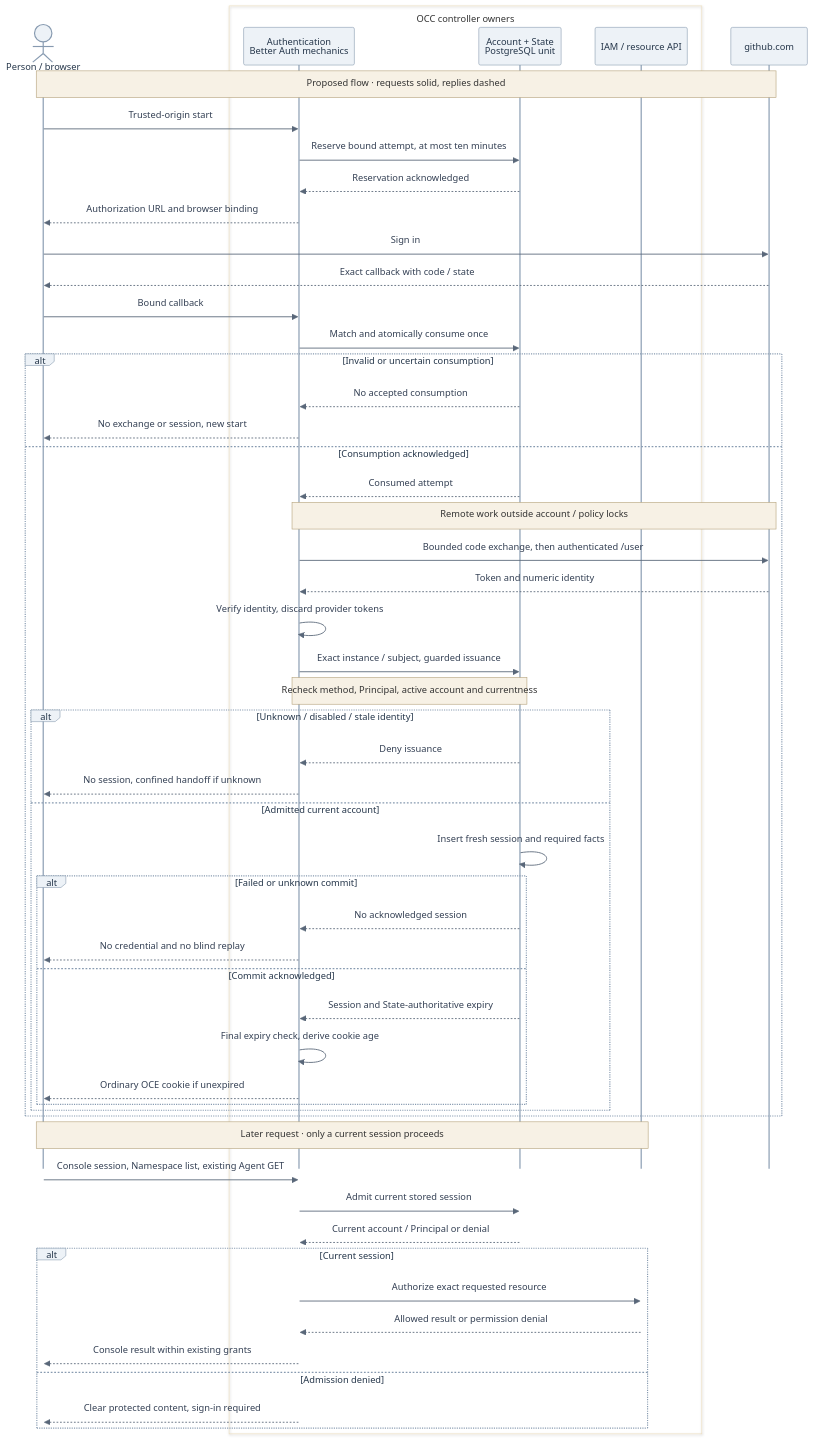
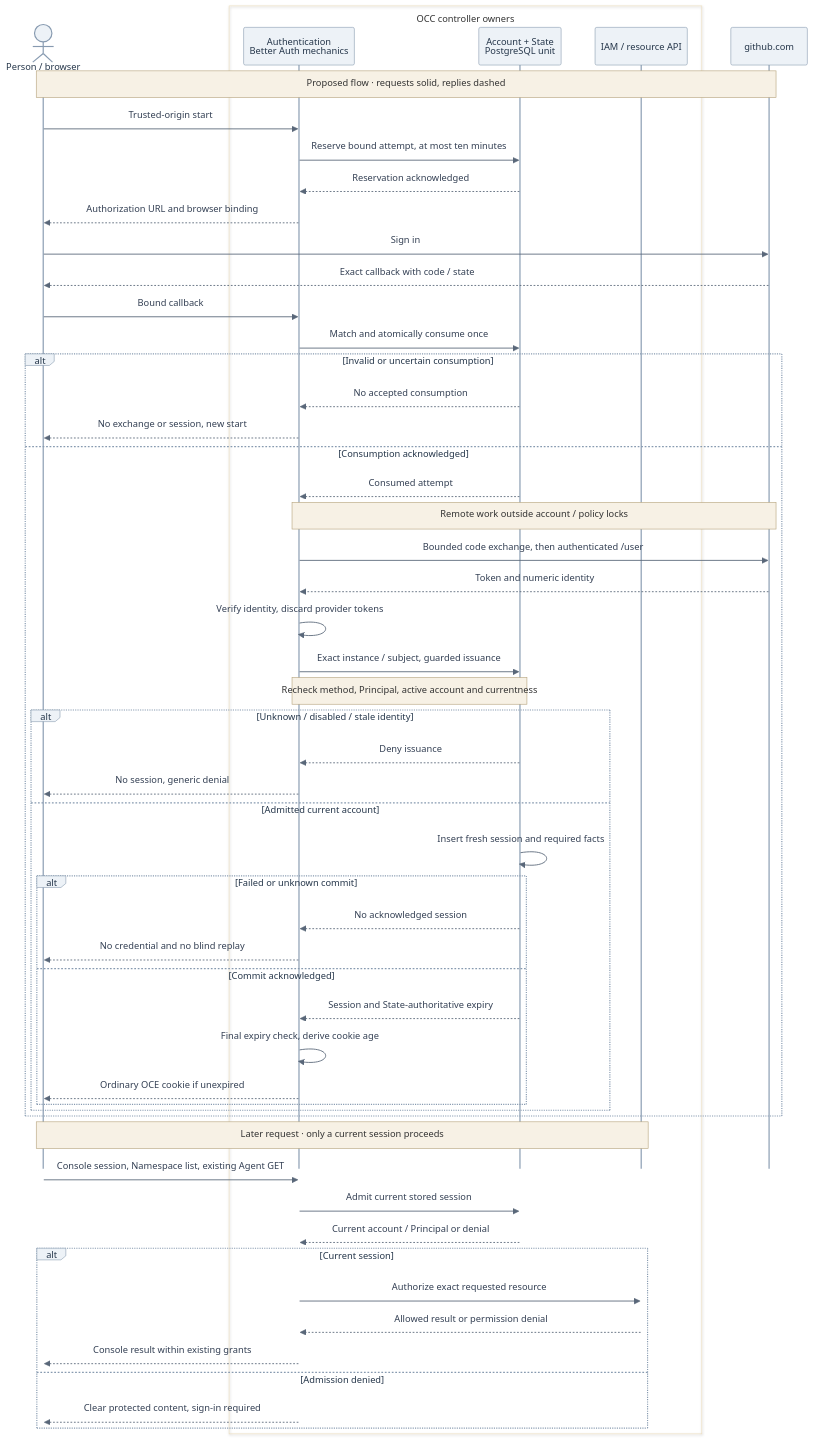
Before and after one commit to IsaiahStapleton/openclaw-enterprise: the diagram in specs/31-human-federated-sign-in/request-lifecycle.mmd, drawn with Mermaid. The commit also changed 6 other files, not shown here.

```diff
--- a/specs/31-human-federated-sign-in/request-lifecycle.mmd
+++ b/specs/31-human-federated-sign-in/request-lifecycle.mmd
@@ -1,75 +1,75 @@
 ---
 config:
   theme: base
   htmlLabels: true
   themeVariables:
     fontSize: 15px
     actorBkg: "#EDF2F7"
     actorBorder: "#879AB0"
     actorTextColor: "#25364A"
     signalColor: "#596779"
     signalTextColor: "#344054"
     noteBkgColor: "#F7F1E5"
     noteBorderColor: "#B3A078"
   sequence:
     mirrorActors: false
     useMaxWidth: true
     actorMargin: 24
     width: 132
     messageMargin: 22
     noteMargin: 12
 ---
 sequenceDiagram
   actor Browser as Person / browser
   box OCC controller owners
     participant Auth as Authentication<br/>Better Auth mechanics
     participant State as Account + State<br/>PostgreSQL unit
     participant IAM as IAM / resource API
   end
   participant GitHub as github.com
   Note over Browser,GitHub: Proposed flow · requests solid, replies dashed
   Browser->>Auth: Trusted-origin start
   Auth->>State: Reserve bound attempt, at most ten minutes
   State-->>Auth: Reservation acknowledged
   Auth-->>Browser: Authorization URL and browser binding
   Browser->>GitHub: Sign in
   GitHub-->>Browser: Exact callback with code / state
   Browser->>Auth: Bound callback
   Auth->>State: Match and atomically consume once
   alt Invalid or uncertain consumption
     State-->>Auth: No accepted consumption
     Auth-->>Browser: No exchange or session, new start
   else Consumption acknowledged
     State-->>Auth: Consumed attempt
     Note over Auth,GitHub: Remote work outside account / policy locks
     Auth->>GitHub: Bounded code exchange, then authenticated /user
     GitHub-->>Auth: Token and numeric identity
     Auth->>Auth: Verify identity, discard provider tokens
     Auth->>State: Exact instance / subject, guarded issuance
     Note over Auth,State: Recheck method, Principal, active account and currentness
     alt Unknown / disabled / stale identity
       State-->>Auth: Deny issuance
-      Auth-->>Browser: No session, confined handoff if unknown
+      Auth-->>Browser: No session, generic denial
     else Admitted current account
       State->>State: Insert fresh session and required facts
       alt Failed or unknown commit
         State-->>Auth: No acknowledged session
         Auth-->>Browser: No credential and no blind replay
       else Commit acknowledged
         State-->>Auth: Session and State-authoritative expiry
         Auth->>Auth: Final expiry check, derive cookie age
         Auth-->>Browser: Ordinary OCE cookie if unexpired
       end
     end
   end
   Note over Browser,IAM: Later request · only a current session proceeds
   Browser->>Auth: Console session, Namespace list, existing Agent GET
   Auth->>State: Admit current stored session
   State-->>Auth: Current account / Principal or denial
   alt Current session
     Auth->>IAM: Authorize exact requested resource
     IAM-->>Auth: Allowed result or permission denial
     Auth-->>Browser: Console result within existing grants
   else Admission denied
     Auth-->>Browser: Clear protected content, sign-in required
   end
```
